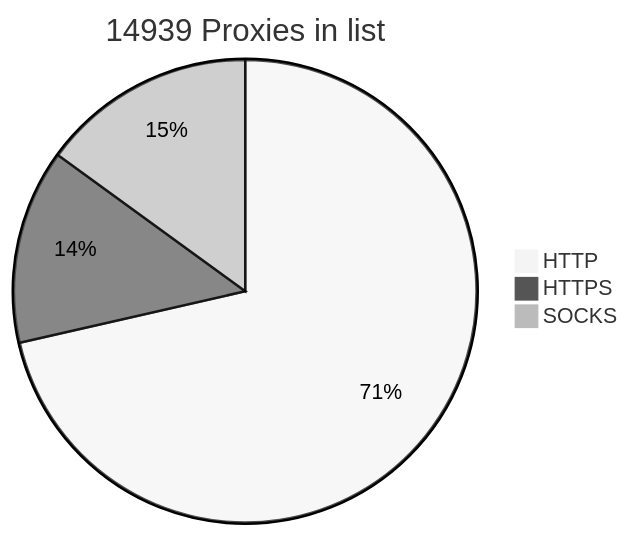
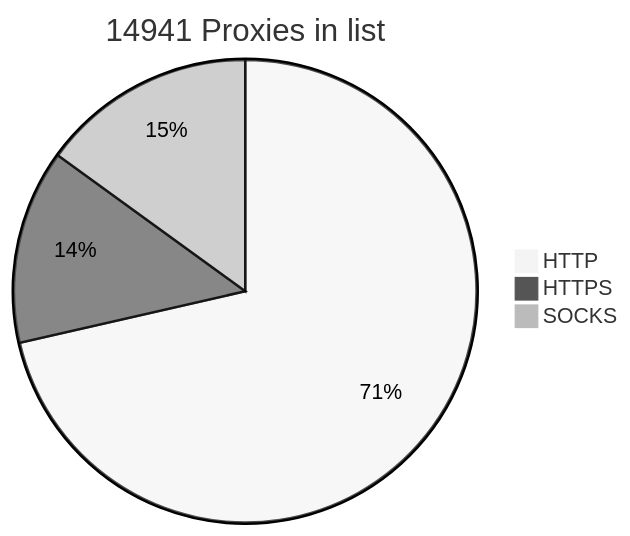
The diagram in README.md (BlackSnowDot/proxylist-update-every-minute), drawn with Mermaid (neutral theme) before and after one commit.

````diff
--- a/README.md
+++ b/README.md
@@ -2,6 +2,6 @@
 ```mermaid
-pie title 14939 Proxies in list
+pie title 14941 Proxies in list
     "HTTP" : 11163
     "HTTPS": 2121
-    "SOCKS" : 2344
+    "SOCKS" : 2346
 ```
````
